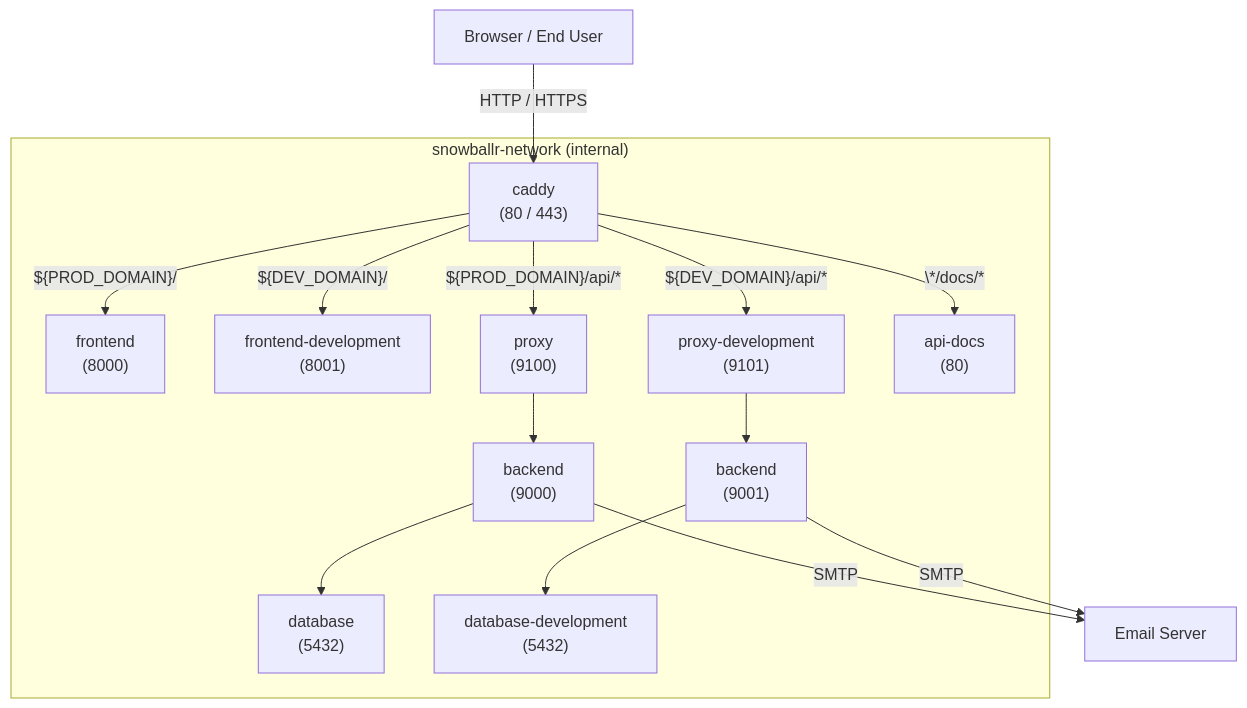
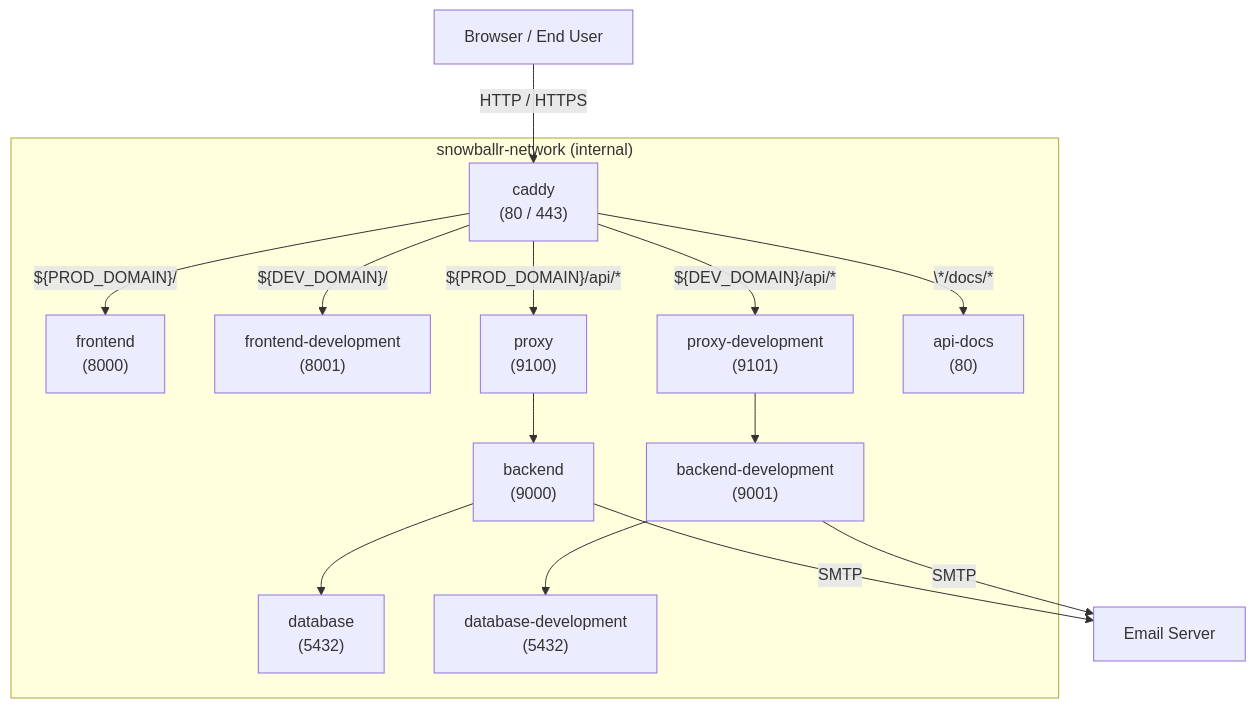
Before and after one commit to SE-UUlm/snowballr: the diagram in wiki/Contributing.md, drawn with Mermaid. The commit also changed other lines of this file, not shown here.

````diff
--- a/wiki/Contributing.md
+++ b/wiki/Contributing.md
@@ -124,39 +124,39 @@
 ```mermaid
 flowchart TB
     %% Clients
     Client[Browser / End User]
 
     %% Networks
     subgraph SN["snowballr-network (internal)"]
         Caddy["caddy<br/>(80 / 443)"]
         Frontend["frontend<br/>(8000)"]
         FrontendDev["frontend-development<br/>(8001)"]
         Proxy["proxy<br/>(9100)"]
         Backend["backend<br/>(9000)"]
         Database["database<br/>(5432)"]
         ProxyDev["proxy-development<br/>(9101)"]
-        BackendDev["backend<br/>(9001)"]
+        BackendDev["backend-development<br/>(9001)"]
         DatabaseDev["database-development<br/>(5432)"]
         ApiDocs["api-docs<br/>(80)"]
     end
 
     Mail[Email Server]
 
     %% Connections inside snowballr-network
     Caddy -->|"${PROD_DOMAIN}/"| Frontend
     Caddy -->|"${DEV_DOMAIN}/"| FrontendDev
     Caddy -->|"${PROD_DOMAIN}/api/*"| Proxy
     Caddy -->|"${DEV_DOMAIN}/api/*"| ProxyDev
     Caddy -->|"\*/docs/*"| ApiDocs
 
     Proxy --> Backend
     Backend --> Database
 
     ProxyDev --> BackendDev
     BackendDev --> DatabaseDev
 
     %% External communications
     Client -->|HTTP / HTTPS| Caddy
     Backend -->|SMTP| Mail
     BackendDev -->|SMTP| Mail
 ```
````
